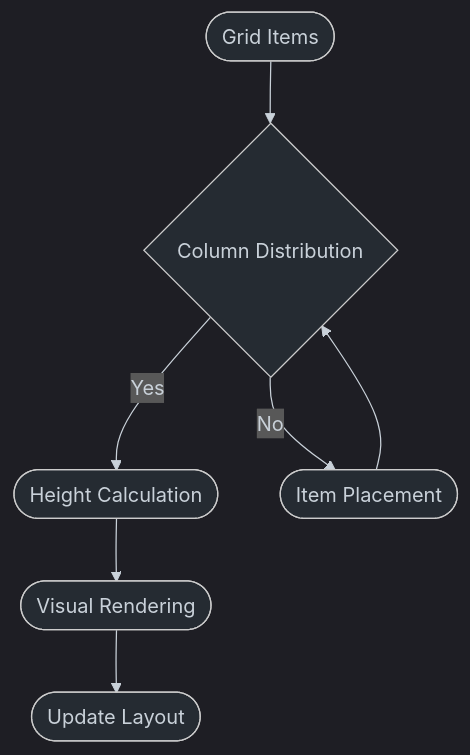
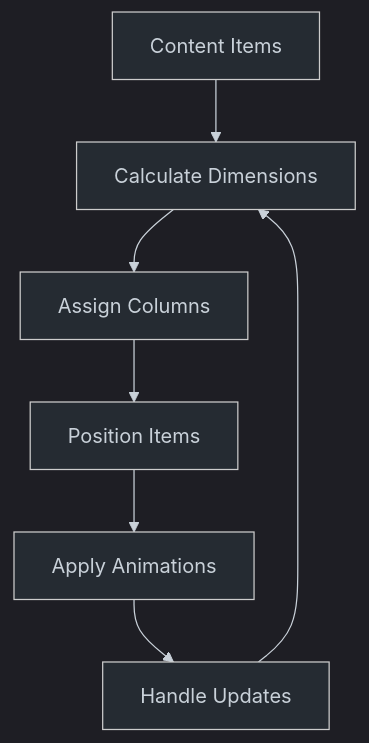
The diagram in docs/patterns/masonry-grid.md (jackccrawford/pattern-bridge), drawn with Mermaid before and after one commit. The commit also changed other lines of this file and 2 other files, not shown here.

````diff
--- a/docs/patterns/masonry-grid.md
+++ b/docs/patterns/masonry-grid.md
@@ -7,19 +7,19 @@
 ```mermaid
 %%{init: {
   'theme': 'dark',
   'themeVariables': {
     'darkMode': true,
     'background': '#252b32',
     'mainBkg': '#252b32',
     'textColor': '#c9d1d9',
     'lineColor': '#c9d1d9'
   }
 }}%%
 graph TD
-    A([Grid Items]) --> B{Column Distribution}
-    B -->|Yes| C([Height Calculation])
-    B -->|No| D([Item Placement])
-    C --> E([Visual Rendering])
-    D --> B
-    E --> F([Update Layout])
+    A[Content Items] --> B[Calculate Dimensions]
+    B --> C[Assign Columns]
+    C --> D[Position Items]
+    D --> E[Apply Animations]
+    E --> F[Handle Updates]
+    F --> B
 ```
````
